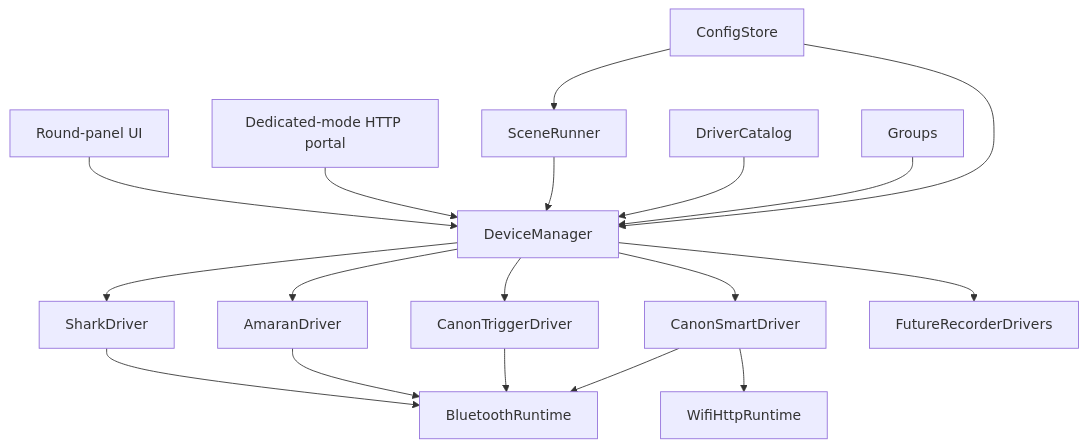
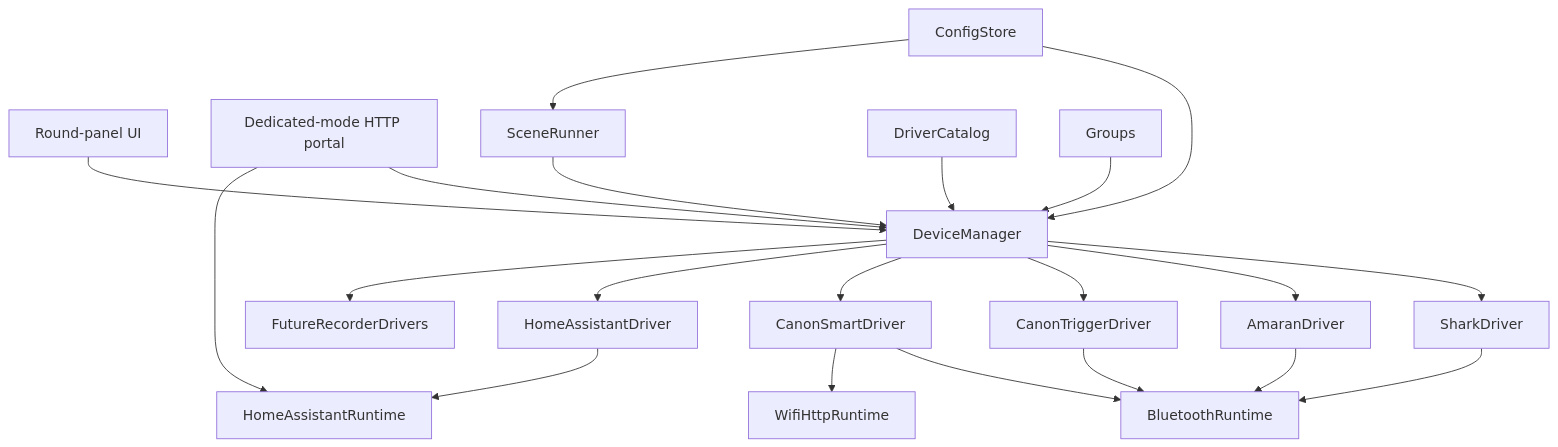
Before and after one commit to nethunter/bleep: the diagram in docs/architecture.md, drawn with Mermaid. The commit also changed other lines of this file and 59 other files, not shown here.

Commit message:
Implement configurable studio controller architecture

````diff
--- a/docs/architecture.md
+++ b/docs/architecture.md
@@ -14,20 +14,23 @@
 ```mermaid
 flowchart TB
   PanelUI["Round-panel UI"] --> DeviceManager
   PortalUI["Dedicated-mode HTTP portal"] --> DeviceManager
   SceneRunner --> DeviceManager
   DriverCatalog --> DeviceManager
   Groups --> DeviceManager
   DeviceManager --> SharkDriver
   DeviceManager --> AmaranDriver
   DeviceManager --> CanonTriggerDriver
   DeviceManager --> CanonSmartDriver
+  DeviceManager --> HomeAssistantDriver
   DeviceManager --> FutureRecorderDrivers
   SharkDriver --> BluetoothRuntime
   AmaranDriver --> BluetoothRuntime
   CanonTriggerDriver --> BluetoothRuntime
   CanonSmartDriver --> BluetoothRuntime
   CanonSmartDriver --> WifiHttpRuntime
+  HomeAssistantDriver --> HomeAssistantRuntime
+  PortalUI --> HomeAssistantRuntime
   ConfigStore --> DeviceManager
   ConfigStore --> SceneRunner
 ```
````
